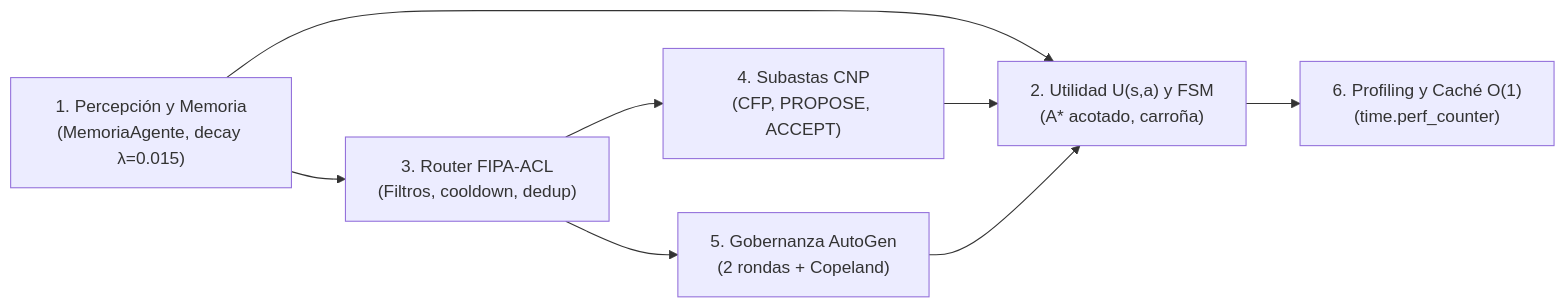
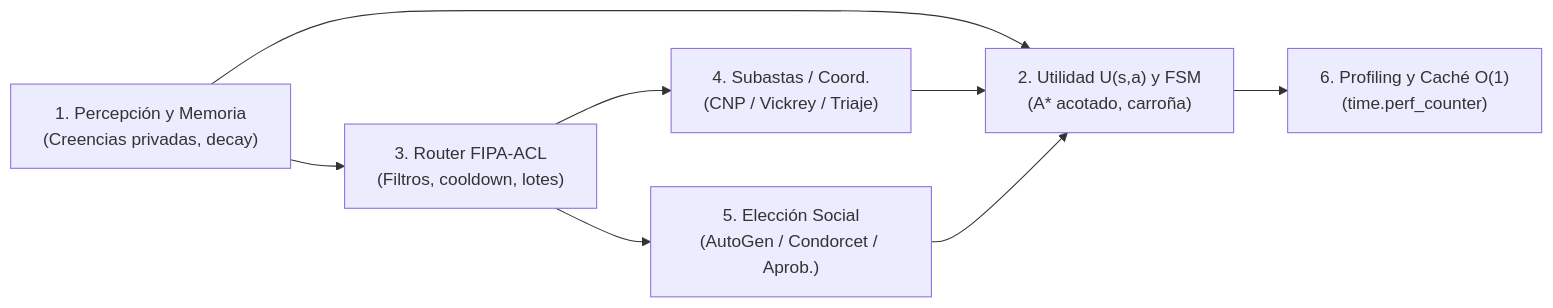
One commit to joako-baneado/mars-multiagent-simulation changed the diagram in README.md. Above: the diagram before and after it, drawn with Mermaid. The commit also changed other lines of this file, not shown here.

````diff
--- a/README.md
+++ b/README.md
@@ -30,10 +63,10 @@
 ```mermaid
 flowchart LR
-    S1["1. Percepción y Memoria<br/>(MemoriaAgente, decay λ=0.015)"] --> S3["3. Router FIPA-ACL<br/>(Filtros, cooldown, dedup)"]
-    S3 --> S4["4. Subastas CNP<br/>(CFP, PROPOSE, ACCEPT)"]
+    S1["1. Percepción y Memoria<br/>(Creencias privadas, decay)"] --> S3["3. Router FIPA-ACL<br/>(Filtros, cooldown, lotes)"]
+    S3 --> S4["4. Subastas / Coord.<br/>(CNP / Vickrey / Triaje)"]
     S1 --> S2["2. Utilidad U(s,a) y FSM<br/>(A* acotado, carroña)"]
-    S3 --> S5["5. Gobernanza AutoGen<br/>(2 rondas + Copeland)"]
+    S3 --> S5["5. Elección Social<br/>(AutoGen / Condorcet / Aprob.)"]
     S4 --> S2
     S5 --> S2
     S2 --> S6["6. Profiling y Caché O(1)<br/>(time.perf_counter)"]
 ```
````
